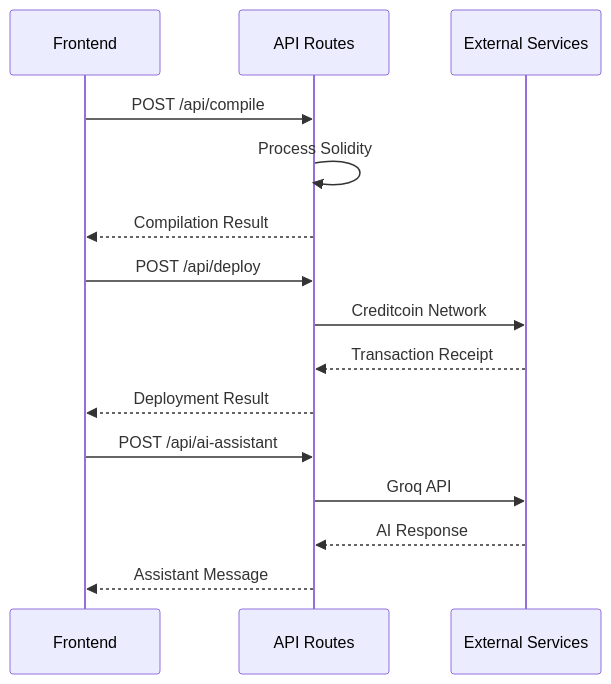
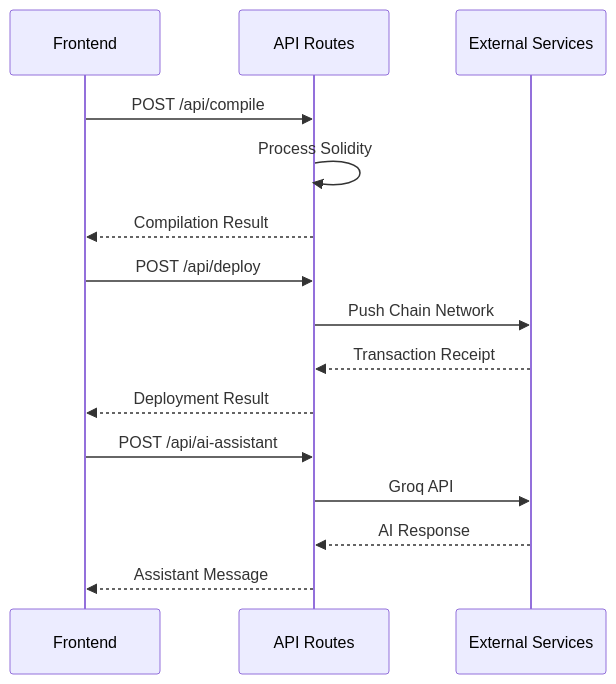
The second of 2 diagrams in docs/api-endpoints.md (enliven17/push-playground), drawn with Mermaid before and after one commit. The commit also changed other lines of this file and 15 other files, not shown here.

````diff
--- a/docs/api-endpoints.md
+++ b/docs/api-endpoints.md
@@ -48,20 +48,20 @@
 ```mermaid
 sequenceDiagram
     participant F as Frontend
     participant API as API Routes
     participant EXT as External Services
     
     F->>API: POST /api/compile
     API->>API: Process Solidity
     API-->>F: Compilation Result
     
     F->>API: POST /api/deploy
-    API->>EXT: Creditcoin Network
+    API->>EXT: Push Chain Network
     EXT-->>API: Transaction Receipt
     API-->>F: Deployment Result
     
     F->>API: POST /api/ai-assistant
     API->>EXT: Groq API
     EXT-->>API: AI Response
     API-->>F: Assistant Message
 ```
````
